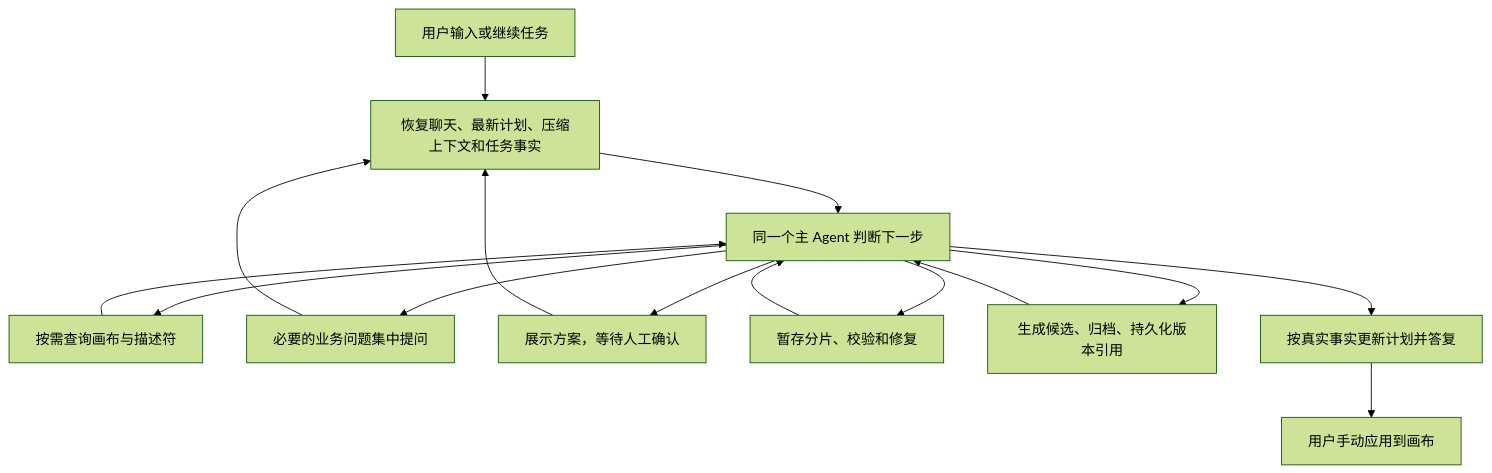
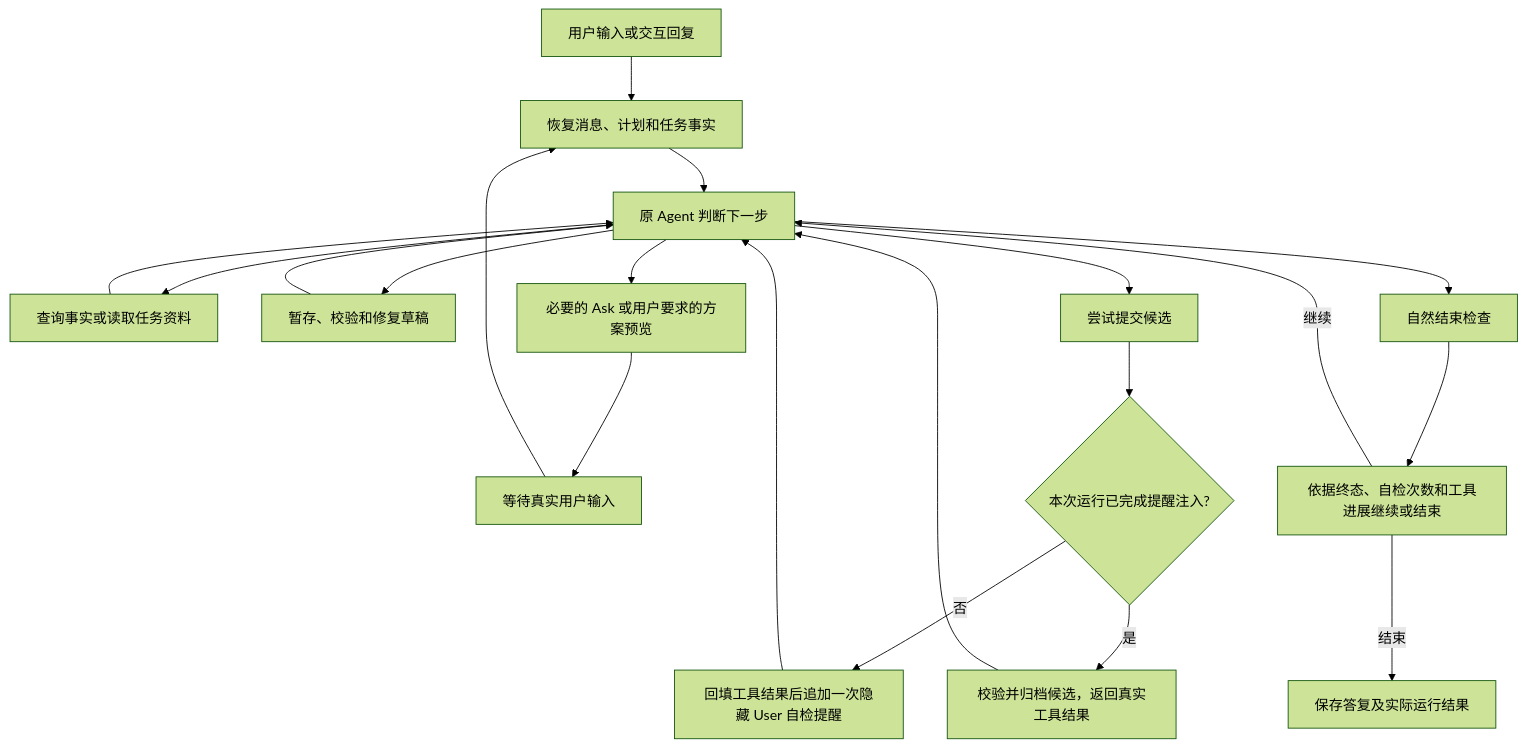
The diagram in .agents/design/core/ai/workflow-builder-continuous-delivery.md (labring/FastGPT), drawn with Mermaid (forest theme) before and after one commit. The commit also changed other lines of this file and 1 other file, not shown here.

````diff
--- a/.agents/design/core/ai/workflow-builder-continuous-delivery.md
+++ b/.agents/design/core/ai/workflow-builder-continuous-delivery.md
@@ -5,17 +28,22 @@
 ```mermaid
 flowchart TD
-  U[用户输入或继续任务] --> C[恢复聊天、最新计划、压缩上下文和任务事实]
-  C --> A[同一个主 Agent 判断下一步]
-  A --> Q[按需查询画布与描述符]
-  A --> H[必要的业务问题集中提问]
-  A --> P[展示方案，等待人工确认]
-  A --> B[暂存分片、校验和修复]
-  A --> D[生成候选、归档、持久化版本引用]
+  U[用户输入或交互回复] --> C[恢复消息、计划和任务事实]
+  C --> A[原 Agent 判断下一步]
+  A --> Q[查询事实或读取任务资料]
+  A --> B[暂存、校验和修复草稿]
+  A --> I[必要的 Ask 或用户要求的方案预览]
+  A --> K[尝试提交候选]
+  A --> N[自然结束检查]
   Q --> A
-  H --> C
-  P --> C
   B --> A
+  I --> W[等待真实用户输入]
+  W --> C
+  K --> G{本次运行已完成提醒注入?}
+  G -->|否| R[回填工具结果后追加一次隐藏 User 自检提醒]
+  G -->|是| D[校验并归档候选，返回真实工具结果]
+  R --> A
   D --> A
-  A --> R[按真实事实更新计划并答复]
-  R --> M[用户手动应用到画布]
+  N --> P[依据终态、自检次数和工具进展继续或结束]
+  P -->|继续| A
+  P -->|结束| E[保存答复及实际运行结果]
 ```
````
